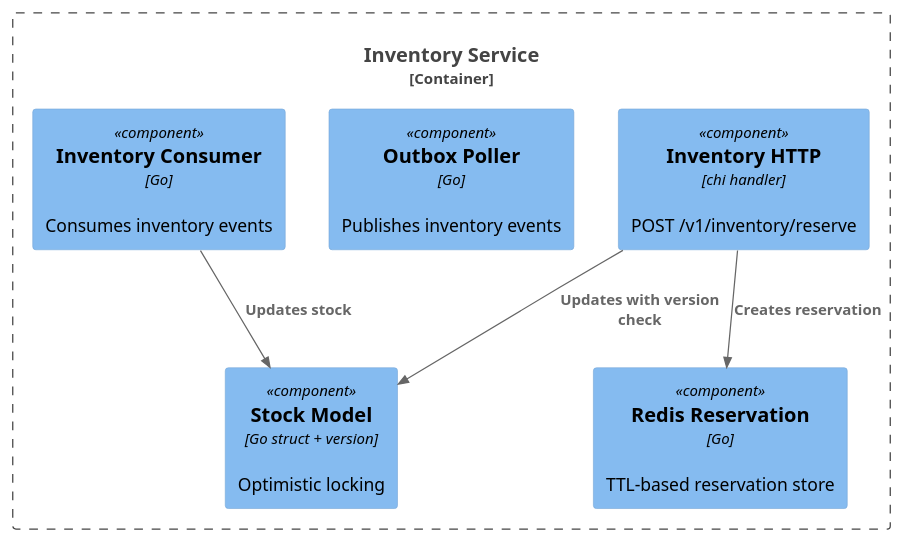
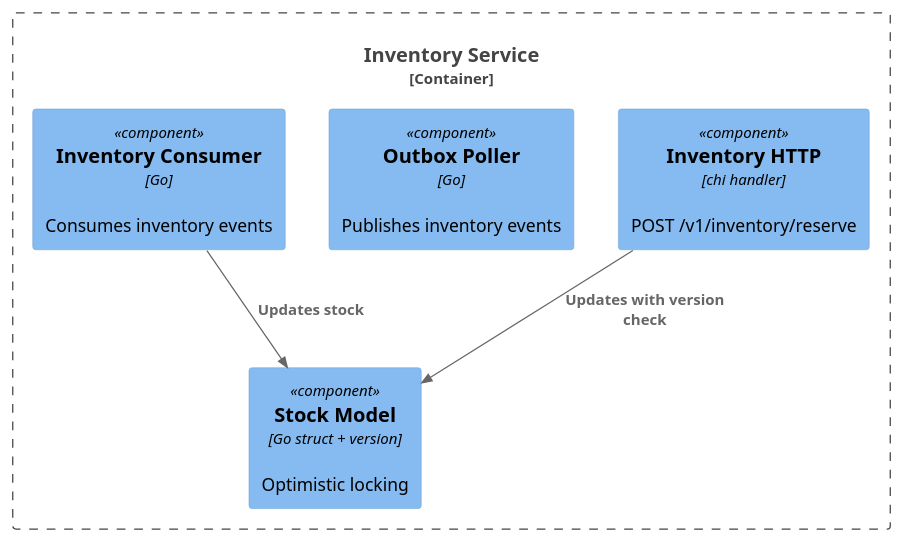
One commit to t0pm1x/orderflow changed the diagram in docs/architecture/c4-level-3-inventory.puml. Above: the diagram before and after it, drawn with PlantUML. The commit also changed 3 other files, not shown here.

First line of the commit message:
chore: delete dead doc-only stubs + fix C4 diagrams

```diff
--- a/docs/architecture/c4-level-3-inventory.puml
+++ b/docs/architecture/c4-level-3-inventory.puml
@@ -1,16 +1,14 @@
 @startuml c4-level-3-inventory
 !include https://raw.githubusercontent.com/plantuml-stdlib/C4-PlantUML/master/C4_Component.puml
 
 Container_Boundary(inventory, "Inventory Service") {
     Component(inventory_handler, "Inventory HTTP", "chi handler", "POST /v1/inventory/reserve")
     Component(stock_model, "Stock Model", "Go struct + version", "Optimistic locking")
-    Component(redis_reserve, "Redis Reservation", "Go", "TTL-based reservation store")
     Component(outbox_poller, "Outbox Poller", "Go", "Publishes inventory events")
     Component(consumer, "Inventory Consumer", "Go", "Consumes inventory events")
 }
 
 Rel(inventory_handler, stock_model, "Updates with version check")
-Rel(inventory_handler, redis_reserve, "Creates reservation")
 Rel(consumer, stock_model, "Updates stock")
 
 @enduml
```
